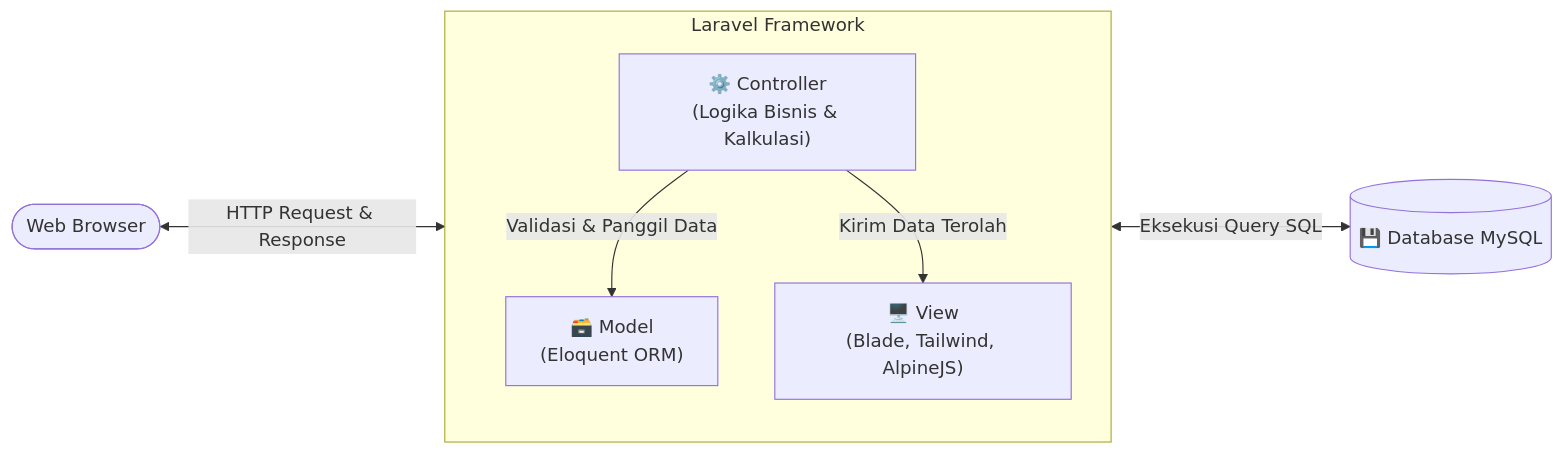
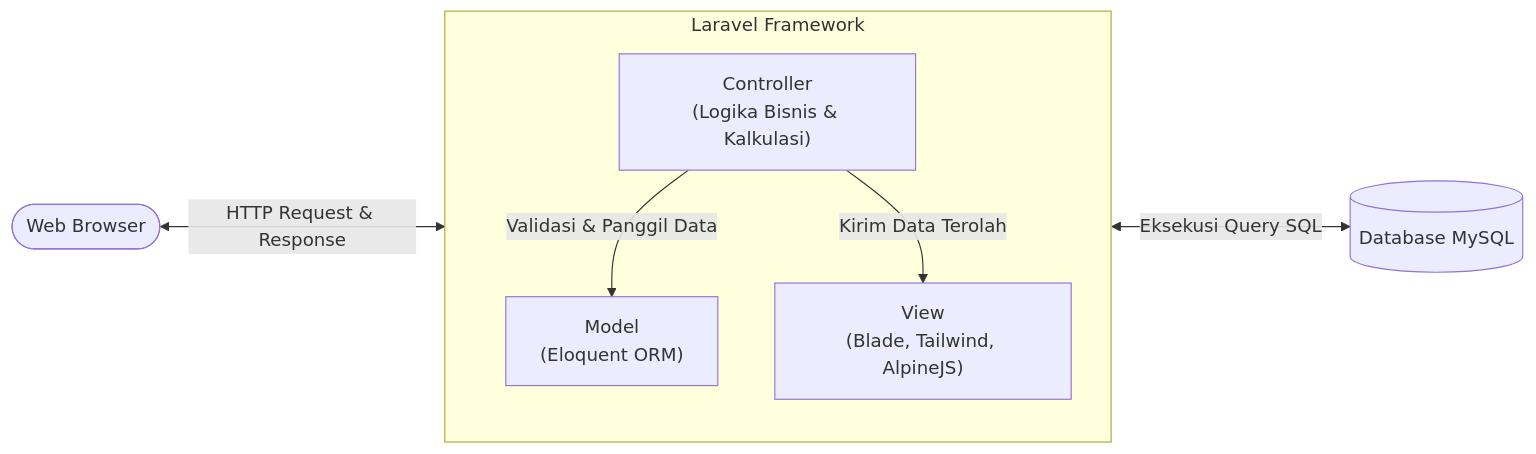
One commit to Adin725/nutrigate-mbg-system changed the first of 2 diagrams in README.md. Above: the diagram before and after it, drawn with Mermaid.

````diff
--- a/README.md
+++ b/README.md
@@ -22,16 +22,16 @@
 ```mermaid
 flowchart LR
     Client([Web Browser]) <-->|"HTTP Request & Response"| Controller
 
     subgraph "Laravel Framework"
         direction TB
-        Controller["⚙️ Controller\n(Logika Bisnis & Kalkulasi)"]
-        Model["🗃️ Model\n(Eloquent ORM)"]
-        View["🖥️ View\n(Blade, Tailwind, AlpineJS)"]
+        Controller["Controller\n(Logika Bisnis & Kalkulasi)"]
+        Model["Model\n(Eloquent ORM)"]
+        View["View\n(Blade, Tailwind, AlpineJS)"]
 
         Controller -->|"Validasi & Panggil Data"| Model
         Controller -->|"Kirim Data Terolah"| View
     end
 
-    Model <-->|"Eksekusi Query SQL"| DB[("💾 Database MySQL")]
+    Model <-->|"Eksekusi Query SQL"| DB[("Database MySQL")]
 ```
````
